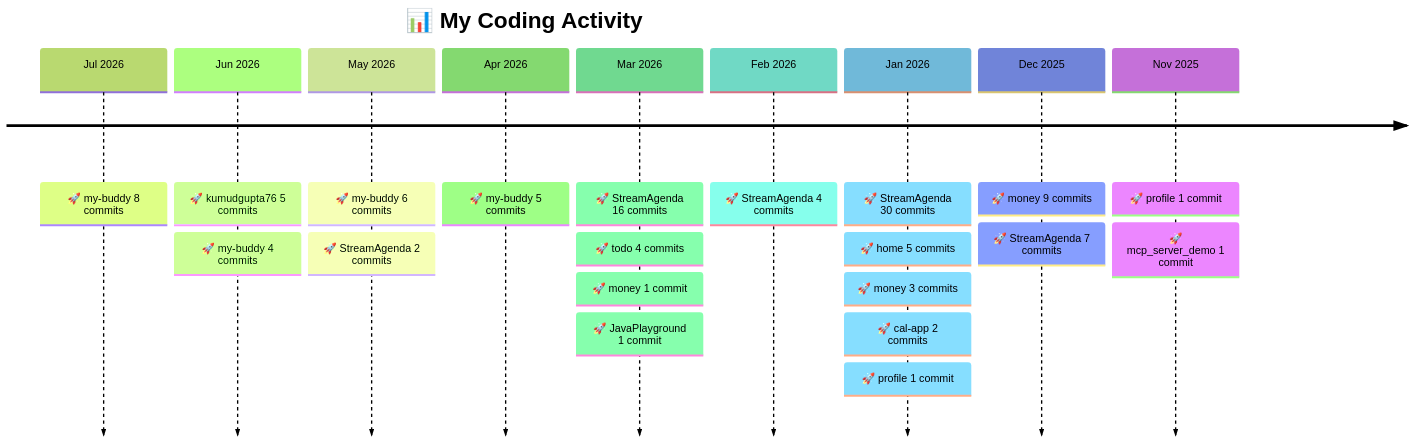
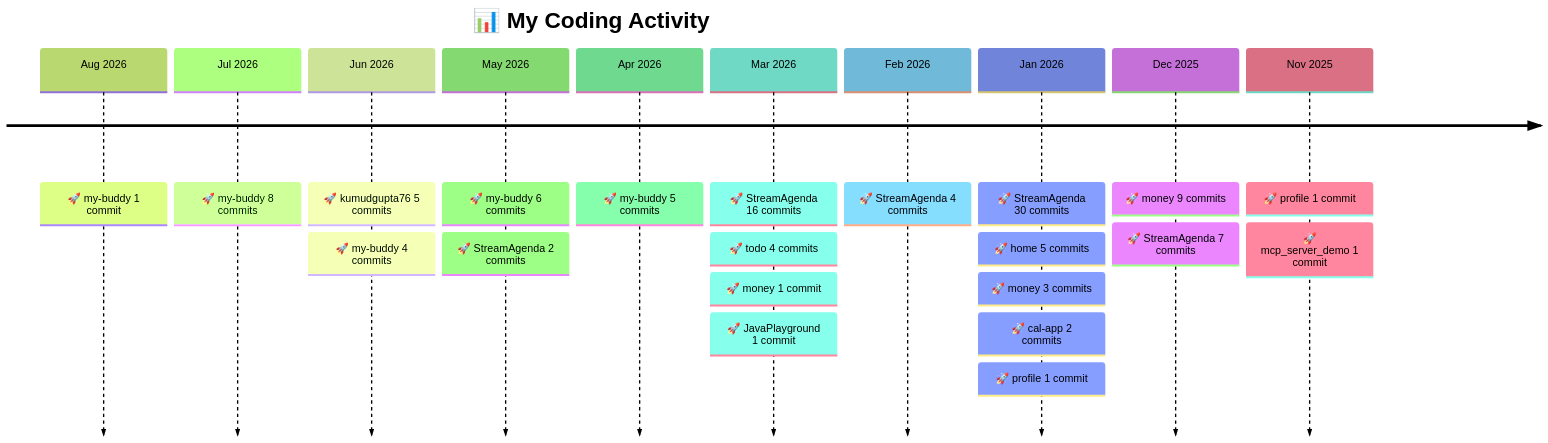
One commit to kumudgupta76/kumudgupta76 changed the diagram in README.md. Above: the diagram before and after it, drawn with Mermaid (forest theme). The commit also changed other lines of this file, not shown here.

Commit message:
chore: update project timeline [skip ci]

````diff
--- a/README.md
+++ b/README.md
@@ -39,13 +39,14 @@
 ```mermaid
 timeline
     title 📊 My Coding Activity
+    Aug 2026 : 🚀 my-buddy 1 commit
     Jul 2026 : 🚀 my-buddy 8 commits
     Jun 2026 : 🚀 kumudgupta76 5 commits : 🚀 my-buddy 4 commits
     May 2026 : 🚀 my-buddy 6 commits : 🚀 StreamAgenda 2 commits
     Apr 2026 : 🚀 my-buddy 5 commits
     Mar 2026 : 🚀 StreamAgenda 16 commits : 🚀 todo 4 commits : 🚀 money 1 commit : 🚀 JavaPlayground 1 commit
     Feb 2026 : 🚀 StreamAgenda 4 commits
     Jan 2026 : 🚀 StreamAgenda 30 commits : 🚀 home 5 commits : 🚀 money 3 commits : 🚀 cal-app 2 commits : 🚀 profile 1 commit
     Dec 2025 : 🚀 money 9 commits : 🚀 StreamAgenda 7 commits
     Nov 2025 : 🚀 profile 1 commit : 🚀 mcp_server_demo 1 commit
 ```
````
